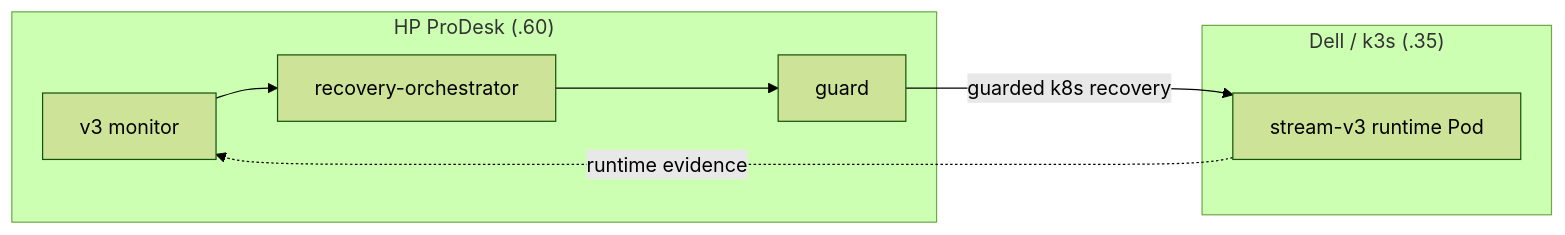
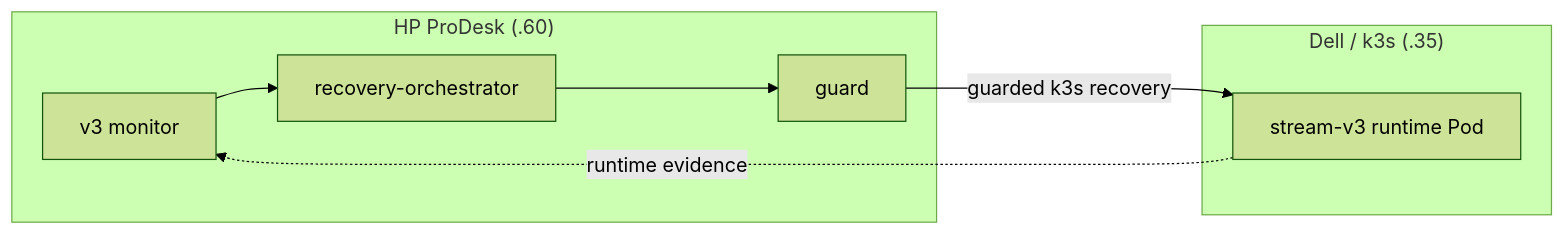
One commit to yukimurata0421/live-stream-systems-case-study changed the third of 4 diagrams in README.md. Above: the diagram before and after it, drawn with Mermaid (forest theme). The commit also changed other lines of this file and 3 other files, not shown here.

````diff
--- a/README.md
+++ b/README.md
@@ -125,17 +125,17 @@
 ```mermaid
 flowchart LR
     subgraph PD["HP ProDesk (.60)"]
         MON["v3 monitor"]
         ORCH["recovery-orchestrator"]
         GUARD["guard"]
     end
 
     subgraph DELL["Dell / k3s (.35)"]
         RUN["stream-v3 runtime Pod"]
     end
 
     MON --> ORCH
     ORCH --> GUARD
-    GUARD -->|"guarded k8s recovery"| RUN
+    GUARD -->|"guarded k3s recovery"| RUN
     RUN -. runtime evidence .-> MON
 ```
````
